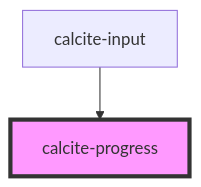
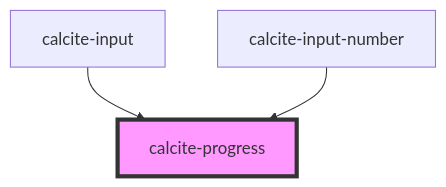
The diagram in src/components/progress/readme.md (vikivakarvc/calcite-design-system), drawn with Mermaid before and after one commit. The commit also changed other lines of this file and 14 other files, not shown here.

````diff
--- a/src/components/progress/readme.md
+++ b/src/components/progress/readme.md
@@ -33,5 +34,6 @@
 ```mermaid
 graph TD;
   calcite-input --> calcite-progress
+  calcite-input-number --> calcite-progress
   style calcite-progress fill:#f9f,stroke:#333,stroke-width:4px
 ```
````
